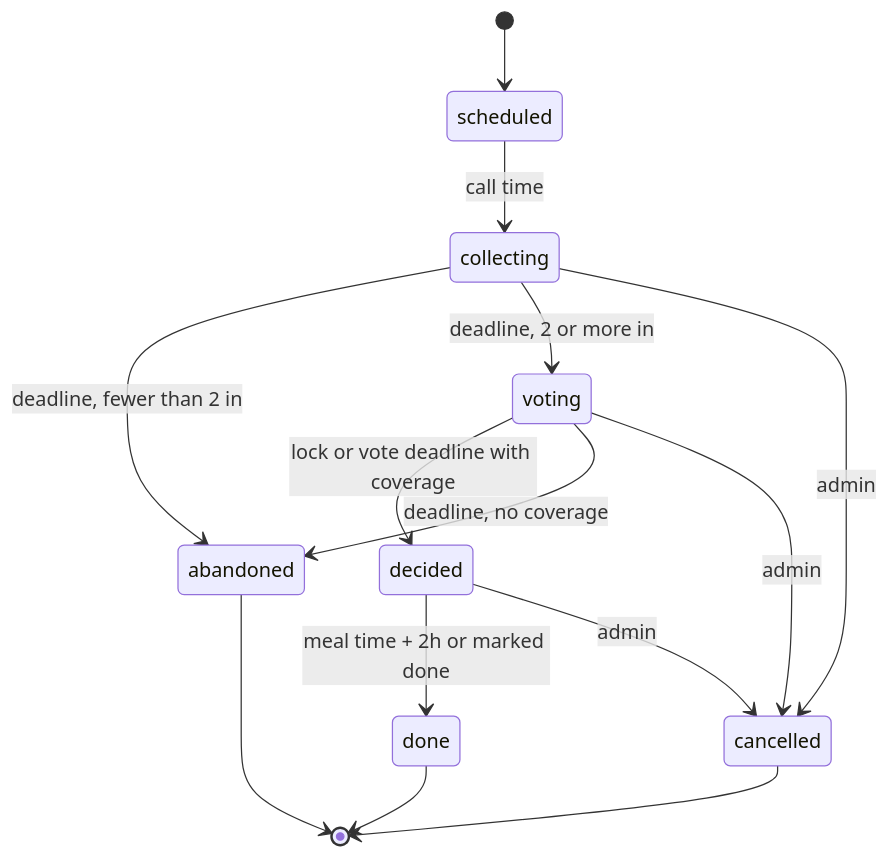
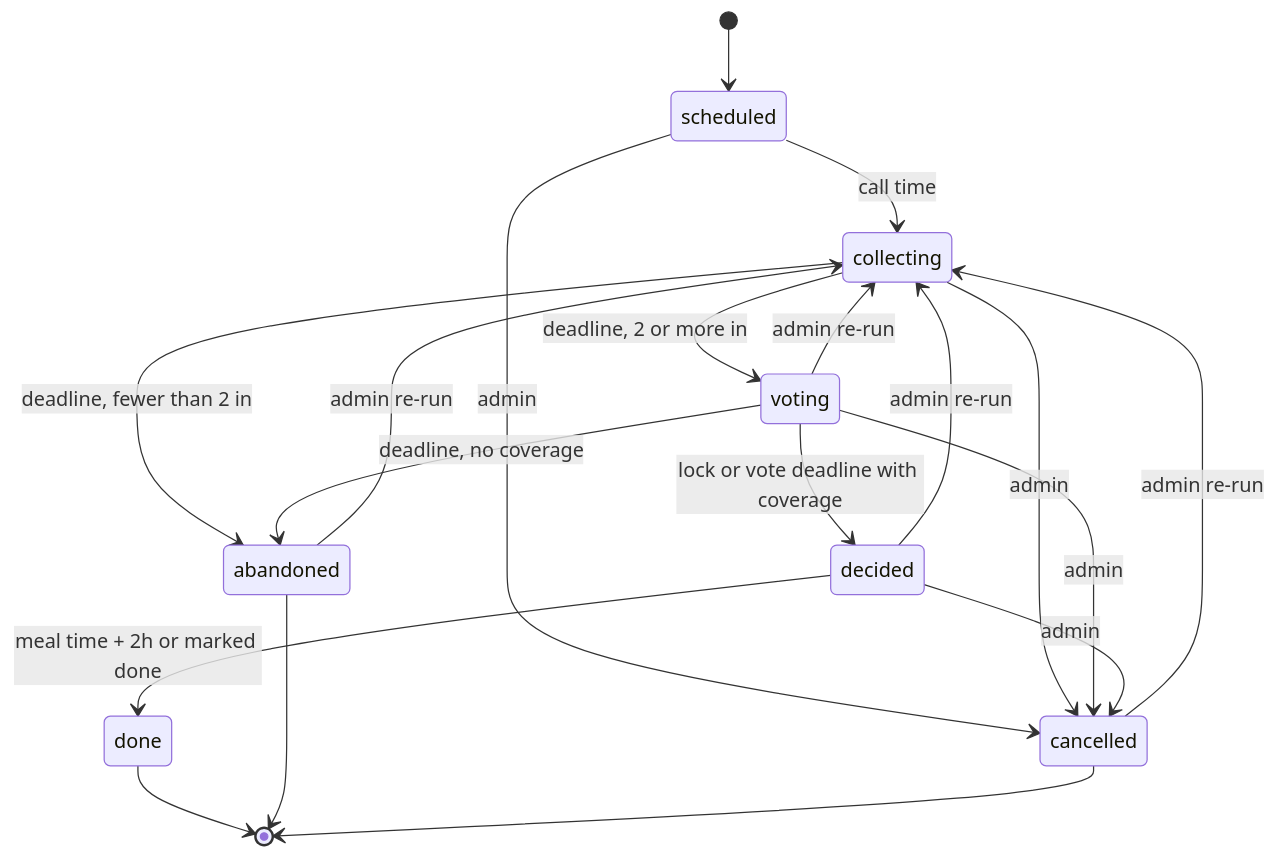
One commit to dsmorgan/dinnerbell changed the diagram in docs/spec.md. Above: the diagram before and after it, drawn with Mermaid. The commit also changed other lines of this file and 3 other files, not shown here.

````diff
--- a/docs/spec.md
+++ b/docs/spec.md
@@ -301,16 +301,21 @@
 ```mermaid
 stateDiagram-v2
     [*] --> scheduled
     scheduled --> collecting: call time
     collecting --> abandoned: deadline, fewer than 2 in
     collecting --> voting: deadline, 2 or more in
     voting --> decided: lock or vote deadline with coverage
     voting --> abandoned: deadline, no coverage
     decided --> done: meal time + 2h or marked done
+    scheduled --> cancelled: admin
     collecting --> cancelled: admin
     voting --> cancelled: admin
     decided --> cancelled: admin
+    voting --> collecting: admin re-run
+    decided --> collecting: admin re-run
+    abandoned --> collecting: admin re-run
+    cancelled --> collecting: admin re-run
     done --> [*]
     abandoned --> [*]
     cancelled --> [*]
 ```
````
